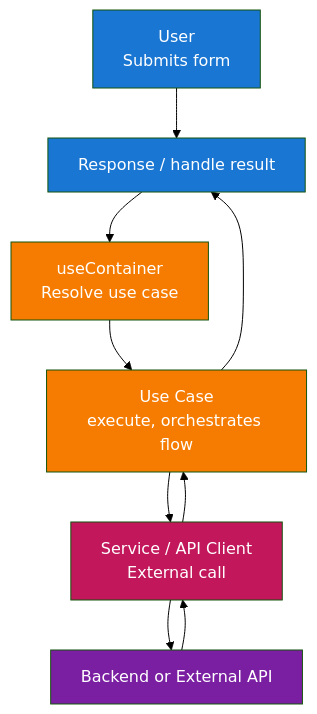
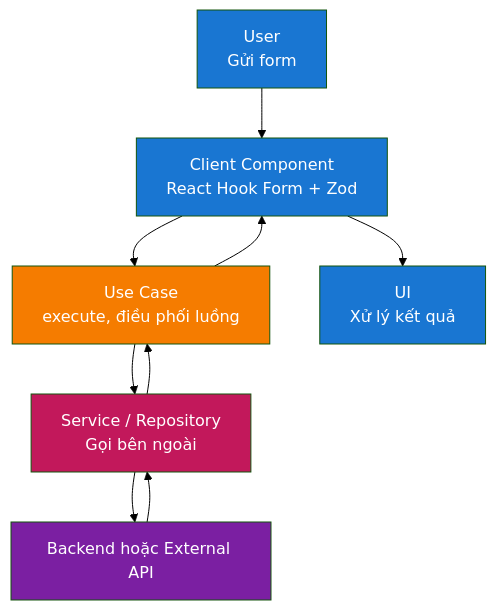
Before and after one commit to thinhtran3588/nextjs-starter-kit: the fourth of 4 diagrams in docs/architecture-vi.md, drawn with Mermaid (forest theme). The commit also changed other lines of this file and 208 other files, not shown here.

First line of the commit message:
refactor: reorganize modules into Clean Architecture layers (#36)

````diff
--- a/docs/architecture-vi.md
+++ b/docs/architecture-vi.md
@@ -103,18 +133,18 @@
 ```mermaid
 flowchart TD
-    User[User<br/>Submits form] --> Component[Client Component<br/>Form with RHF + Zod]
-    Component --> Resolve[useContainer<br/>Resolve use case]
-    Resolve --> UseCase[Use Case<br/>execute, orchestrates flow]
-    UseCase --> Service[Service / API Client<br/>External call]
-    Service --> Backend[Backend or External API]
+    User[User<br/>Gửi form] --> Component[Client Component<br/>React Hook Form + Zod]
+    Component --> UseCase[Use Case<br/>execute, điều phối luồng]
+    UseCase --> Service[Service / Repository<br/>Gọi bên ngoài]
+    Service --> Backend[Backend hoặc External API]
     Backend --> Service
     Service --> UseCase
-    UseCase --> Component[Response / handle result]
+    UseCase --> Component
+    Component --> UI[UI<br/>Xử lý kết quả]
 
     style User fill:#1976d2,color:#fff
     style Component fill:#1976d2,color:#fff
-    style Resolve fill:#f57c00,color:#fff
     style UseCase fill:#f57c00,color:#fff
     style Service fill:#c2185b,color:#fff
     style Backend fill:#7b1fa2,color:#fff
+    style UI fill:#1976d2,color:#fff
 ```
````
